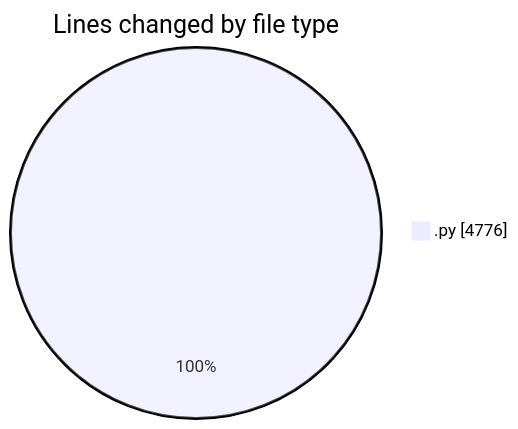
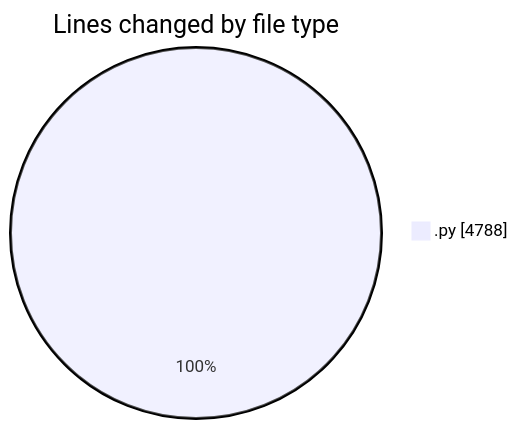
One commit to MatusMokan/code-tracking changed the first of 2 diagrams in 2025-05-08/myws__workspace_/README.md. Above: the diagram before and after it, drawn with Mermaid. The commit also changed other lines of this file and 1 other file, not shown here.

````diff
--- a/2025-05-08/myws__workspace_/README.md
+++ b/2025-05-08/myws__workspace_/README.md
@@ -24,5 +24,5 @@
 ```mermaid
 pie showData
 title Lines changed by file type
-".py" : 4776
+".py" : 4788
 ```
````
